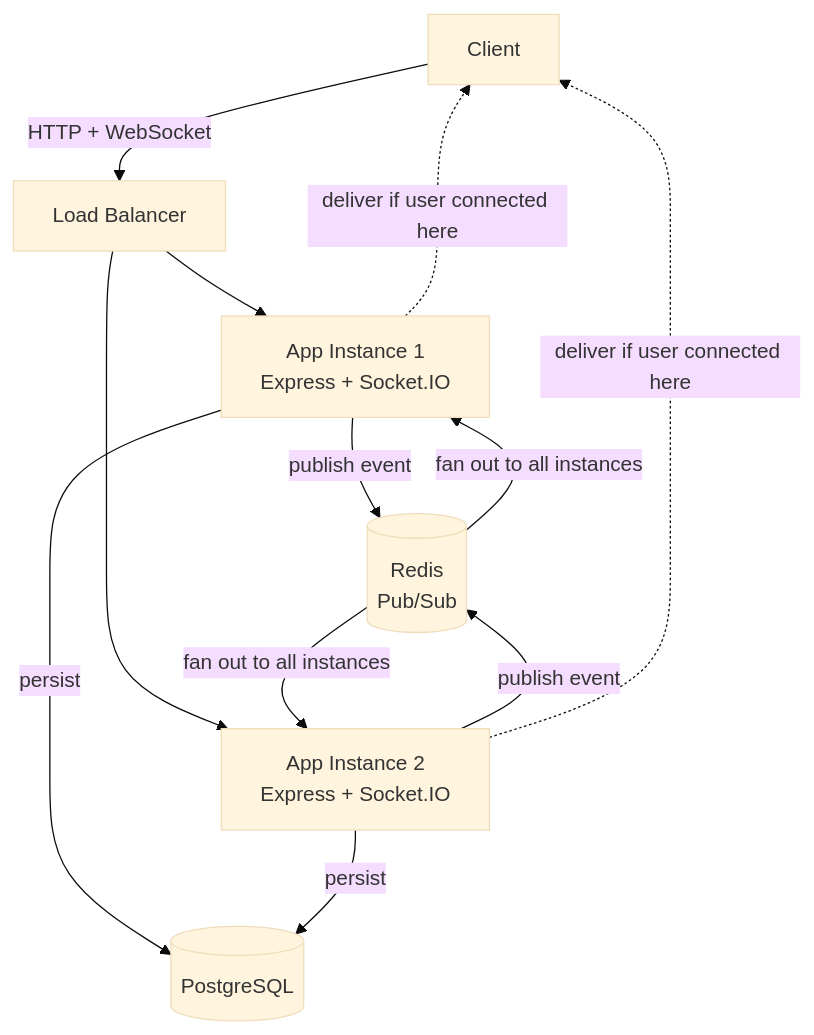
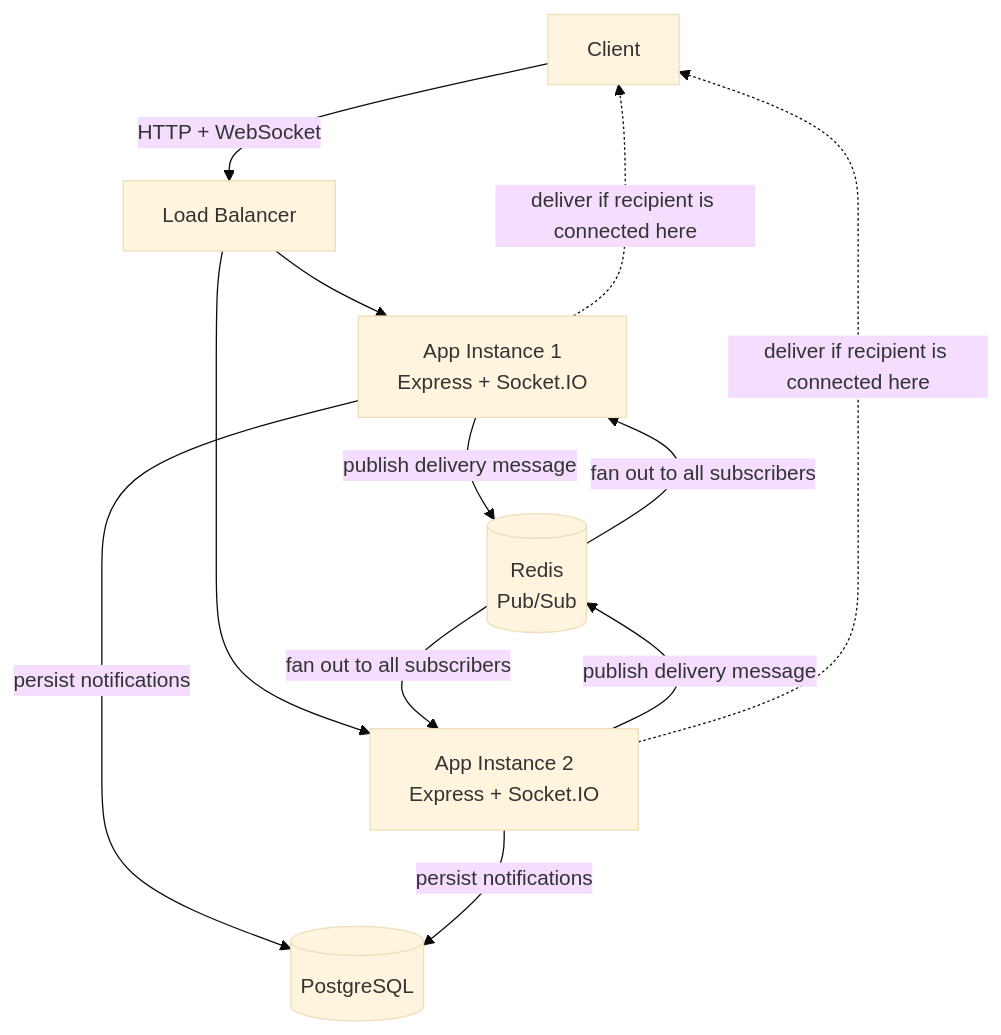
Before and after one commit to devanshjaincampaign-tech/pulse-notification-engine: the first of 2 diagrams in README.md, drawn with Mermaid (base theme). The commit also changed other lines of this file and 2 other files, not shown here.

````diff
--- a/README.md
+++ b/README.md
@@ -29,21 +46,21 @@
 ```mermaid
 graph TB
     Client[Client]
     LB[Load Balancer]
     App1[App Instance 1<br/>Express + Socket.IO]
     App2[App Instance 2<br/>Express + Socket.IO]
     PG[(PostgreSQL)]
     Redis[(Redis<br/>Pub/Sub)]
 
     Client -->|HTTP + WebSocket| LB
     LB --> App1
     LB --> App2
-    App1 -->|persist| PG
-    App2 -->|persist| PG
-    App1 -->|publish event| Redis
-    App2 -->|publish event| Redis
-    Redis -->|fan out to all instances| App1
-    Redis -->|fan out to all instances| App2
-    App1 -.->|deliver if user connected here| Client
-    App2 -.->|deliver if user connected here| Client
+    App1 -->|persist notifications| PG
+    App2 -->|persist notifications| PG
+    App1 -->|publish delivery message| Redis
+    App2 -->|publish delivery message| Redis
+    Redis -->|fan out to all subscribers| App1
+    Redis -->|fan out to all subscribers| App2
+    App1 -.->|deliver if recipient is connected here| Client
+    App2 -.->|deliver if recipient is connected here| Client
 ```
````
